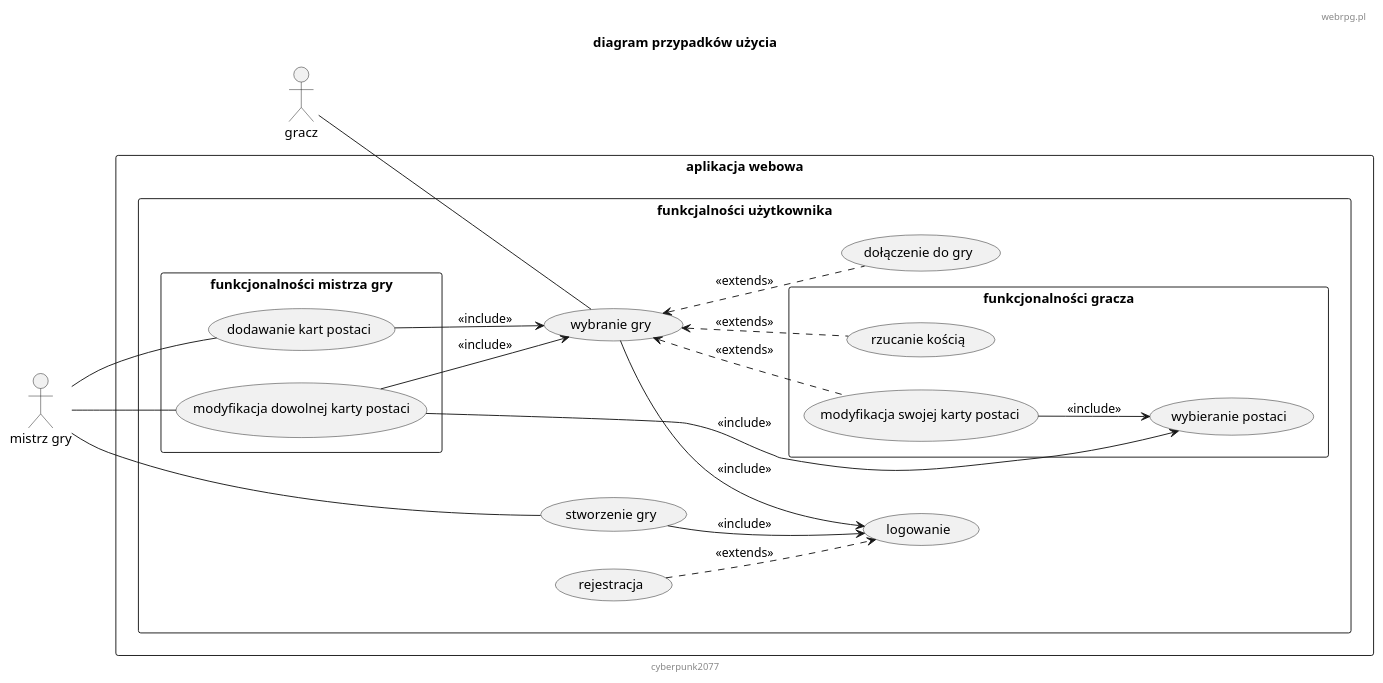
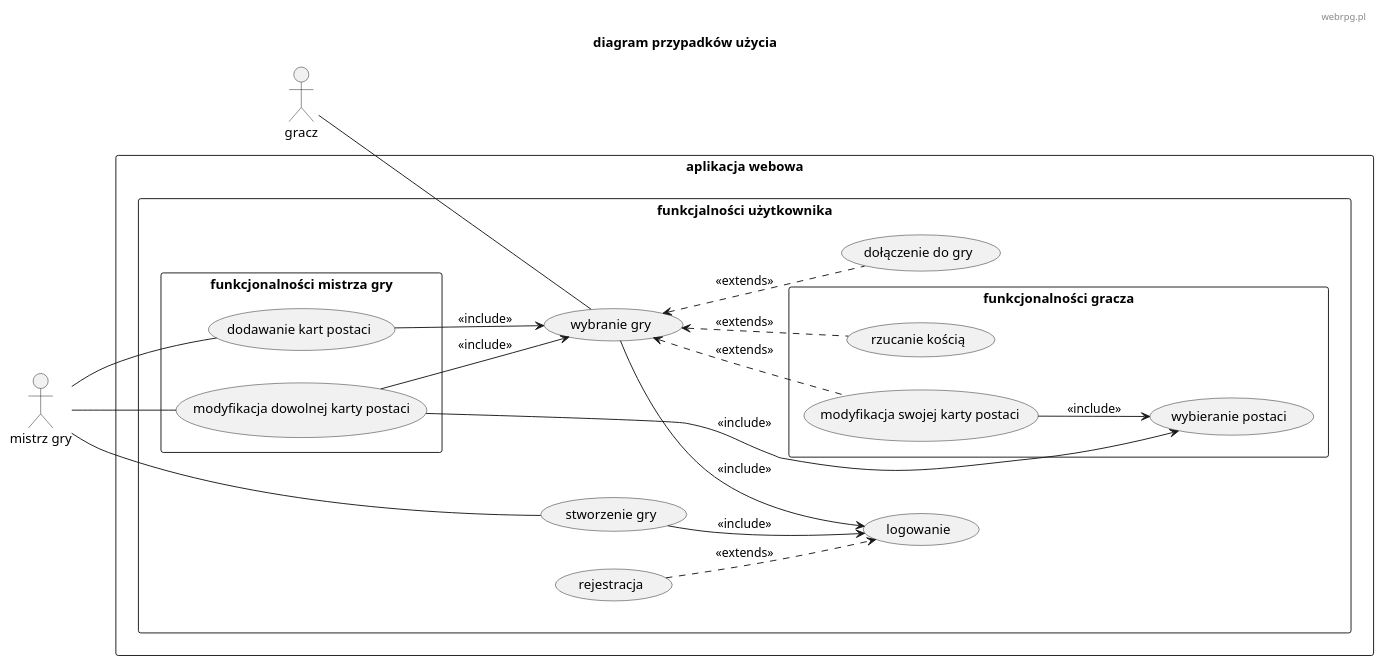
Before and after one commit to TheVivent-Politechnika-Lodzka/io_webrpg: the diagram in diagrams/diagram_użycia.plantuml, drawn with PlantUML. The commit also changed 3 other files, not shown here.

```diff
--- a/diagrams/diagram_użycia.plantuml
+++ b/diagrams/diagram_użycia.plantuml
@@ -7,59 +7,58 @@
 @startuml
 header webrpg.pl
-footer cyberpunk2077
 title "diagram przypadków użycia"
 left to right direction
 
 :gracz: as user
 :mistrz gry: as gm
 
 rectangle "aplikacja webowa" {
     
     rectangle "funkcjalności użytkownika" {
         usecase "logowanie"   as login
         usecase "rejestracja" as register
 
         usecase "dołączenie do gry" as join_game
         usecase "wybranie gry"      as enter_game
         usecase "stworzenie gry"    as create_game
 
         rectangle "funkcjonalności mistrza gry" {
             usecase "modyfikacja dowolnej karty postaci" as modify_any_cc
             usecase "dodawanie kart postaci"             as add_any_cc
         }
 
         rectangle "funkcjonalności gracza" {
             usecase "modyfikacja swojej karty postaci"   as modify_own_cc
             usecase "wybieranie postaci"                 as select_char
             'usecase "chatowanie"                         as use_chat
             usecase "rzucanie kością"                    as die_roll
         }
     }
 
 
 }
 
 register ..> login              : <<extends>>
 
 user -- enter_game
 enter_game <.. join_game        : <<extends>>
 enter_game <.. modify_own_cc    : <<extends>>
 'enter_game <.. use_chat         : <<extends>>
 enter_game <.. die_roll         : <<extends>>
 
 enter_game --> login            : <<include>>
 
 modify_own_cc --> select_char   : <<include>>
 modify_any_cc --> select_char   : <<include>>
 
 'gm --> user
 gm -- modify_any_cc
 gm -- add_any_cc
 gm -- create_game
 
 create_game --> login           : <<include>>
 modify_any_cc --> enter_game    : <<include>>
 add_any_cc --> enter_game       : <<include>>
 
 
 @enduml
```
